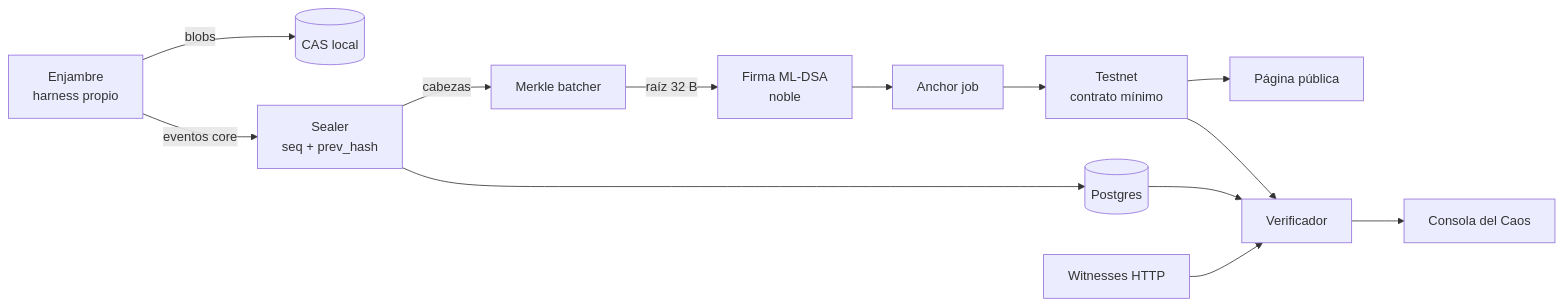
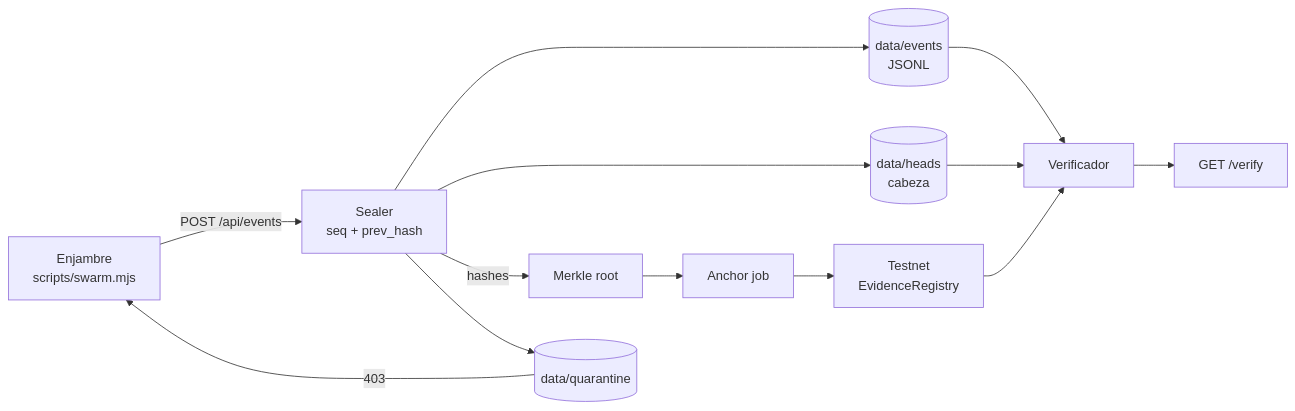
Before and after one commit to BriLuzaOG/Constancia: the first of 3 diagrams in docs/roadmaps/stage-0-mvp-demo.md, drawn with Mermaid. The commit also changed other lines of this file and 25 other files, not shown here.

````diff
--- a/docs/roadmaps/stage-0-mvp-demo.md
+++ b/docs/roadmaps/stage-0-mvp-demo.md
@@ -26,15 +63,15 @@
 ```mermaid
 flowchart LR
-    A["Enjambre<br/>harness propio"] -->|"eventos core"| S["Sealer<br/>seq + prev_hash"]
-    A -->|"blobs"| C[("CAS local")]
-    S --> DB[("Postgres")]
-    S -->|"cabezas"| M["Merkle batcher"]
-    M -->|"raíz 32 B"| P["Firma ML-DSA<br/>noble"]
-    P --> AN["Anchor job"]
-    AN --> CH["Testnet<br/>contrato mínimo"]
-    DB --> V["Verificador"]
+    A["Enjambre<br/>scripts/swarm.mjs"] -->|"POST /api/events"| S["Sealer<br/>seq + prev_hash"]
+    S --> EV[("data/events<br/>JSONL")]
+    S --> HD[("data/heads<br/>cabeza")]
+    S -->|"hashes"| M["Merkle root"]
+    M --> AN["Anchor job"]
+    AN --> CH["Testnet<br/>EvidenceRegistry"]
+    EV --> V["Verificador"]
+    HD --> V
     CH --> V
-    W["Witnesses HTTP"] --> V
-    V --> UI["Consola del Caos"]
-    CH --> PUB["Página pública"]
+    V --> API["GET /verify"]
+    S --> Q[("data/quarantine")]
+    Q -->|"403"| A
 ```
````
